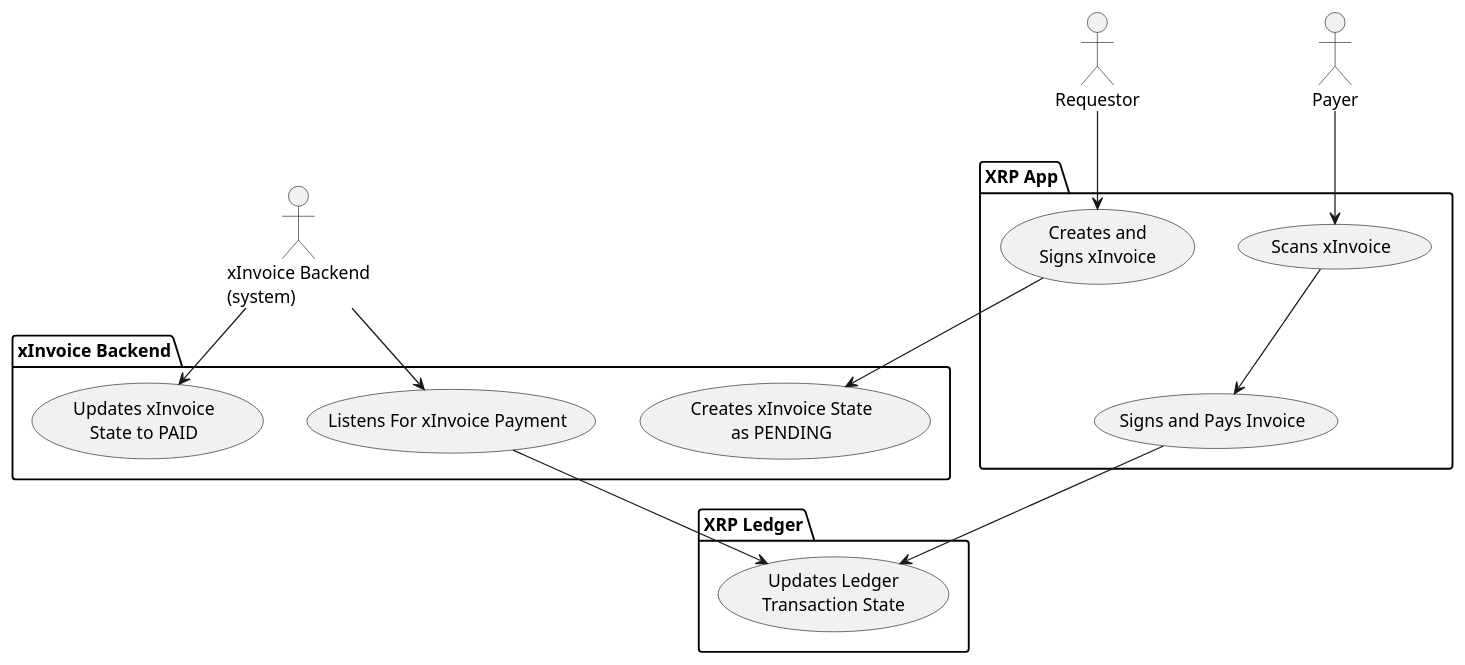
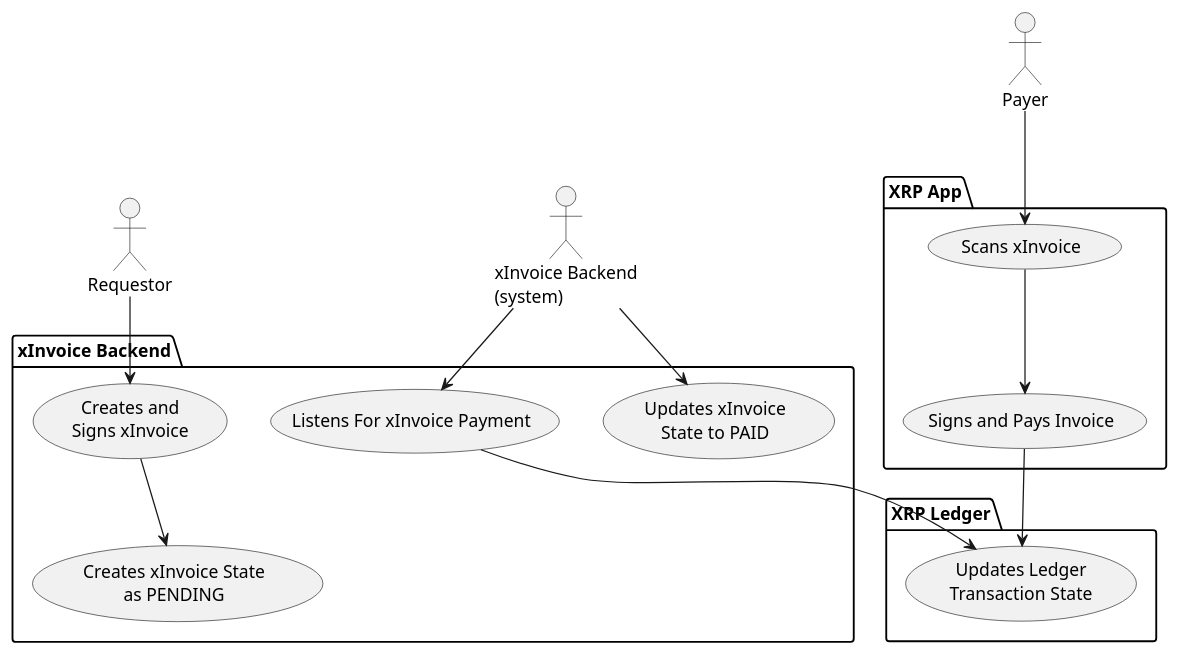
Before and after one commit to claytantor/xrpl-poc-python: the diagram in docs/xinvoice-use.puml, drawn with PlantUML. The commit also changed 3 other files, not shown here.

```diff
--- a/docs/xinvoice-use.puml
+++ b/docs/xinvoice-use.puml
@@ -1,40 +1,41 @@
 @startuml xinvoice_use
 
 actor :Requestor: as Requestor
 actor :Payer: as Payer
 actor :xInvoice Backend\n(system): as Backend
 
 package "XRP App" {
-    (Creates and\nSigns xInvoice)
+    
     (Scans xInvoice)
     (Signs and Pays Invoice)
 }
 
 package "XRP Ledger" {
     (Updates Ledger\nTransaction State)
 }
 
 package "xInvoice Backend" {
+    (Creates and\nSigns xInvoice)
     (Listens For xInvoice Payment)
     (Creates xInvoice State\nas PENDING)
     (Updates xInvoice\nState to PAID)
 }
 
 'creation
 Requestor-->(Creates and\nSigns xInvoice)
 (Creates and\nSigns xInvoice)-->(Creates xInvoice State\nas PENDING)
 
 ' payment
 Payer-->(Scans xInvoice)
 (Scans xInvoice)-->(Signs and Pays Invoice)
-(Signs and Pays Invoice)->(Updates Ledger\nTransaction State)
+(Signs and Pays Invoice)-->(Updates Ledger\nTransaction State)
 
 'backend updates
 Backend-->(Listens For xInvoice Payment)
 Backend-->(Updates xInvoice\nState to PAID)
 (Listens For xInvoice Payment)-->(Updates Ledger\nTransaction State)
 
 
 
 
 @enduml
```
